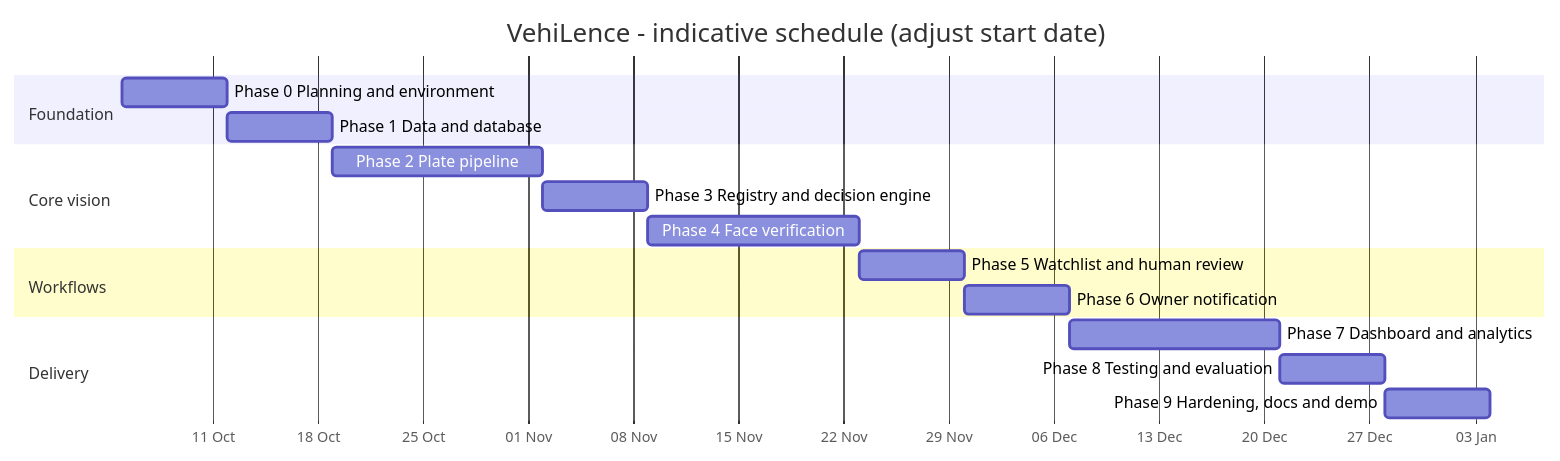
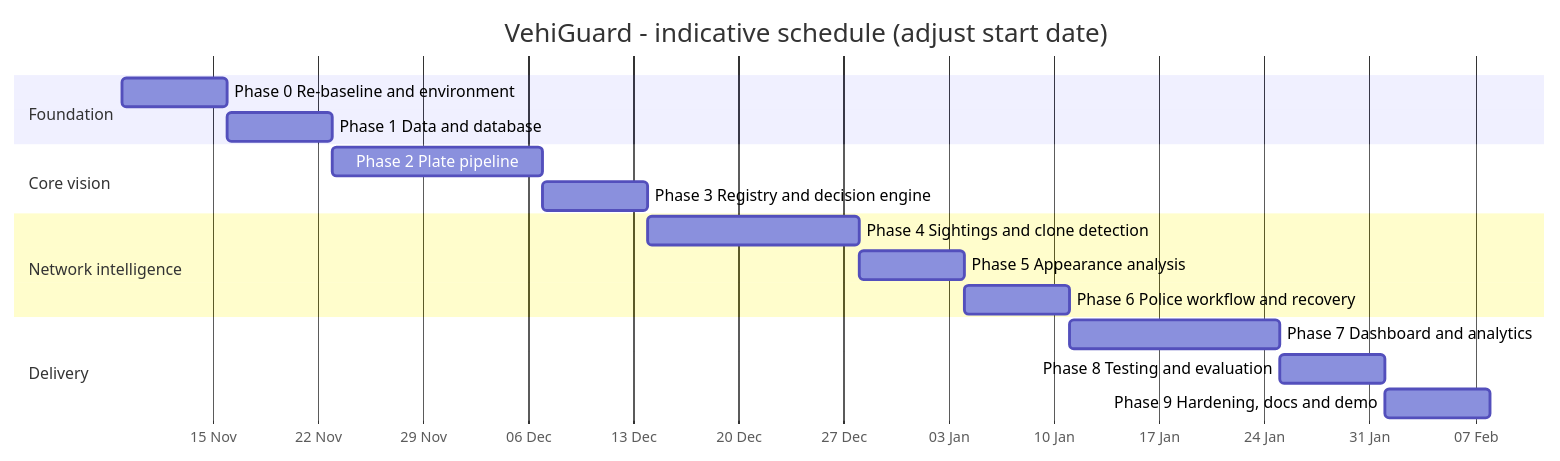
One commit to Vini07Dsouza/vehiGuard changed the diagram in docs/phase_definition.md. Above: the diagram before and after it, drawn with Mermaid. The commit also changed other lines of this file and 6 other files, not shown here.

Commit message:
docs: replace VehiLence docs with VehiGuard docs

````diff
--- a/docs/phase_definition.md
+++ b/docs/phase_definition.md
@@ -36,20 +37,20 @@
 ```mermaid
 gantt
-  title VehiLence - indicative schedule (adjust start date)
+  title VehiGuard - indicative schedule (adjust start date)
   dateFormat YYYY-MM-DD
   axisFormat %d %b
   section Foundation
-  Phase 0 Planning and environment :p0, 2026-10-05, 7d
+  Phase 0 Re-baseline and environment :p0, 2026-11-09, 7d
   Phase 1 Data and database :p1, after p0, 7d
   section Core vision
   Phase 2 Plate pipeline :p2, after p1, 14d
   Phase 3 Registry and decision engine :p3, after p2, 7d
-  Phase 4 Face verification :p4, after p3, 14d
-  section Workflows
-  Phase 5 Watchlist and human review :p5, after p4, 7d
-  Phase 6 Owner notification :p6, after p5, 7d
+  section Network intelligence
+  Phase 4 Sightings and clone detection :p4, after p3, 14d
+  Phase 5 Appearance analysis :p5, after p4, 7d
+  Phase 6 Police workflow and recovery :p6, after p5, 7d
   section Delivery
   Phase 7 Dashboard and analytics :p7, after p6, 14d
   Phase 8 Testing and evaluation :p8, after p7, 7d
   Phase 9 Hardening, docs and demo :p9, after p8, 7d
 ```
````
